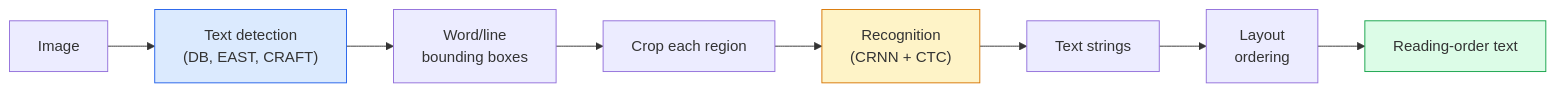
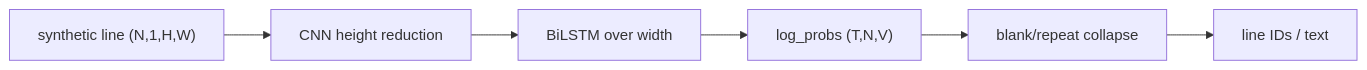
Before and after one commit to t3mr0i/ai-engineering-from-scratch: the diagram in phases/04-computer-vision/19-ocr-document-understanding/docs/en.md, drawn with Mermaid. The commit also changed other lines of this file and 112 other files, not shown here.

````diff
--- a/phases/04-computer-vision/19-ocr-document-understanding/docs/en.md
+++ b/phases/04-computer-vision/19-ocr-document-understanding/docs/en.md
@@ -33,14 +36,8 @@
 ```mermaid
 flowchart LR
-    IMG["Image"] --> DET["Text detection<br/>(DB, EAST, CRAFT)"]
-    DET --> BOX["Word/line<br/>bounding boxes"]
-    BOX --> CROP["Crop each region"]
-    CROP --> REC["Recognition<br/>(CRNN + CTC)"]
-    REC --> TXT["Text strings"]
-    TXT --> LAY["Layout<br/>ordering"]
-    LAY --> OUT["Reading-order text"]
-
-    style DET fill:#dbeafe,stroke:#2563eb
-    style REC fill:#fef3c7,stroke:#d97706
-    style OUT fill:#dcfce7,stroke:#16a34a
+    I["synthetic line (N,1,H,W)"] --> C["CNN height reduction"]
+    C --> R["BiLSTM over width"]
+    R --> L["log_probs (T,N,V)"]
+    L --> D["blank/repeat collapse"]
+    D --> O["line IDs / text"]
 ```
````
